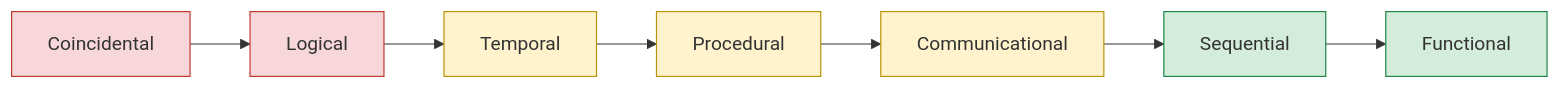
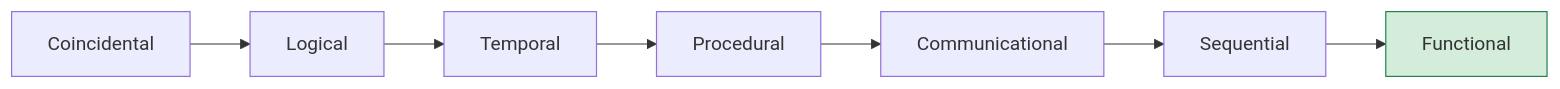
One commit to TheTangentLine/CAB201_Revision changed the diagram in Cohesion.md. Above: the diagram before and after it, drawn with Mermaid. The commit also changed other lines of this file and 4 other files, not shown here.

````diff
--- a/Cohesion.md
+++ b/Cohesion.md
@@ -26,11 +35,5 @@
 ```mermaid
 flowchart LR
     A[Coincidental] --> B[Logical] --> C[Temporal] --> D[Procedural] --> E[Communicational] --> F[Sequential] --> G[Functional]
-    style A fill:#f8d7da,stroke:#c0392b
-    style B fill:#f8d7da,stroke:#c0392b
-    style C fill:#fff3cd,stroke:#b7950b
-    style D fill:#fff3cd,stroke:#b7950b
-    style E fill:#fff3cd,stroke:#b7950b
-    style F fill:#d4edda,stroke:#1e8449
     style G fill:#d4edda,stroke:#1e8449
 ```
````
